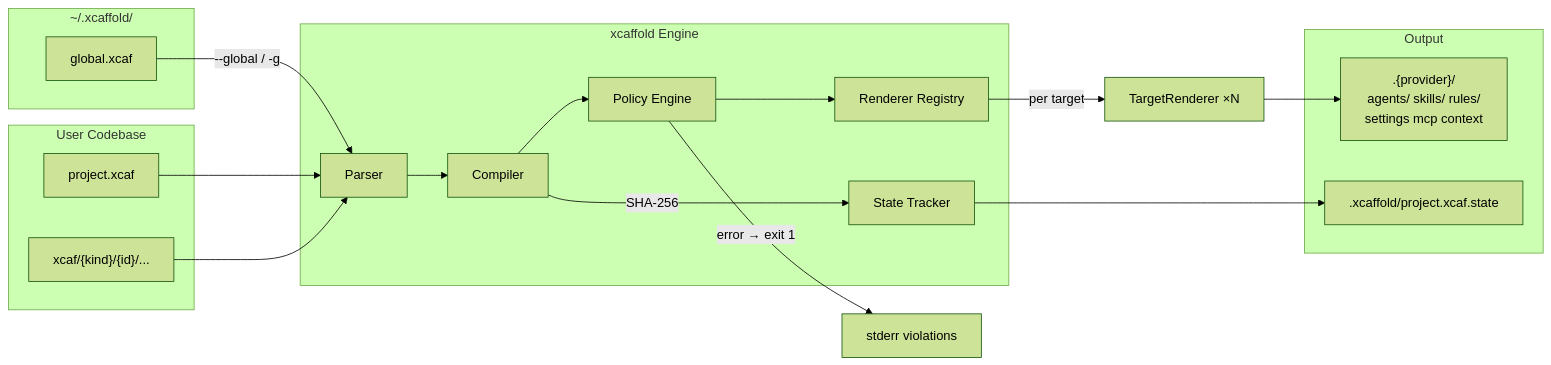
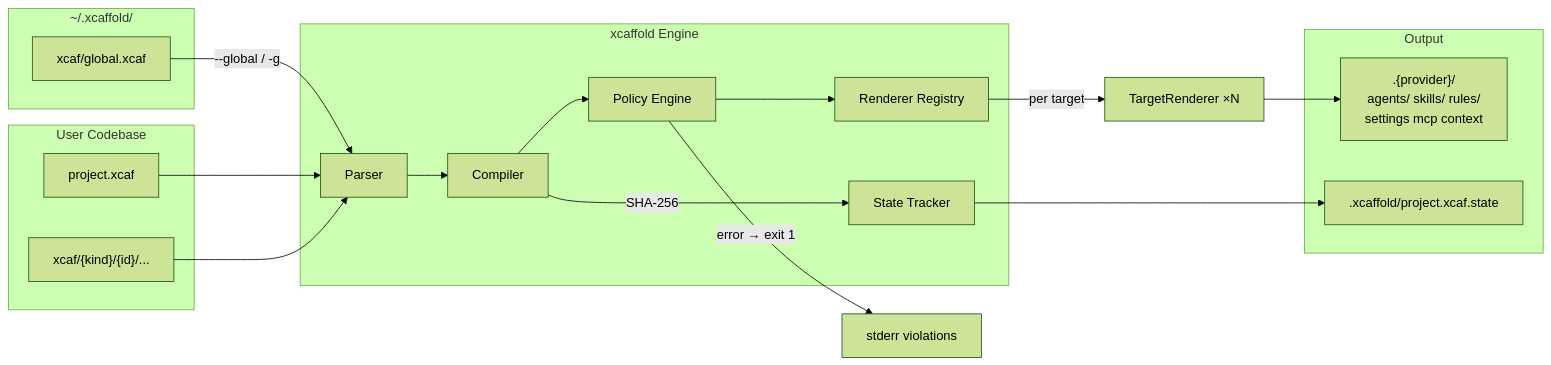
The diagram in docs/concepts/architecture/overview.md (saero-ai/xcaffold), drawn with Mermaid (forest theme) before and after one commit. The commit also changed other lines of this file and 10 other files, not shown here.

````diff
--- a/docs/concepts/architecture/overview.md
+++ b/docs/concepts/architecture/overview.md
@@ -14,38 +14,38 @@
 ```mermaid
 graph LR
   FAIL["stderr violations"]
 
   subgraph Global Home ["~/.xcaffold/"]
-    GC[global.xcaf]
+    GC["xcaf/global.xcaf"]
   end
 
   subgraph User Codebase
     A[project.xcaf]
     XCAF["xcaf/{kind}/{id}/..."]
   end
 
   subgraph xcaffold Engine
     B[Parser]
     C[Compiler]
     D[State Tracker]
     PE[Policy Engine]
     RG[Renderer Registry]
   end
 
   TR["TargetRenderer ×N"]
 
   subgraph Output
     OUT[".{provider}/<br/>agents/ skills/ rules/<br/>settings mcp context"]
     F[".xcaffold/project.xcaf.state"]
   end
 
   GC -->|"--global / -g"| B
   A --> B
   XCAF --> B
   B --> C
   C --> PE
   PE --> RG
   PE -->|"error → exit 1"| FAIL
   RG -->|per target| TR --> OUT
   C -->|SHA-256| D --> F
 ```
````
